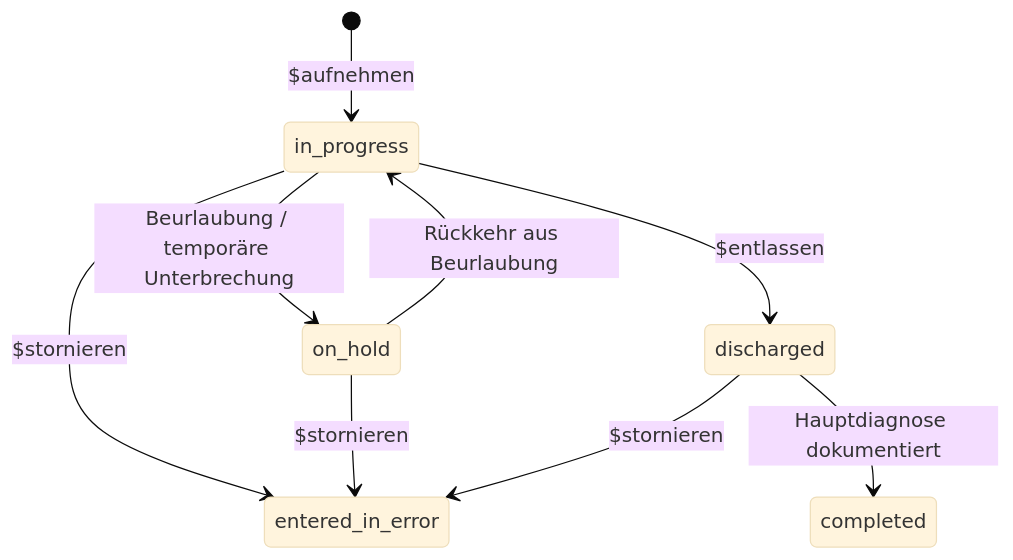
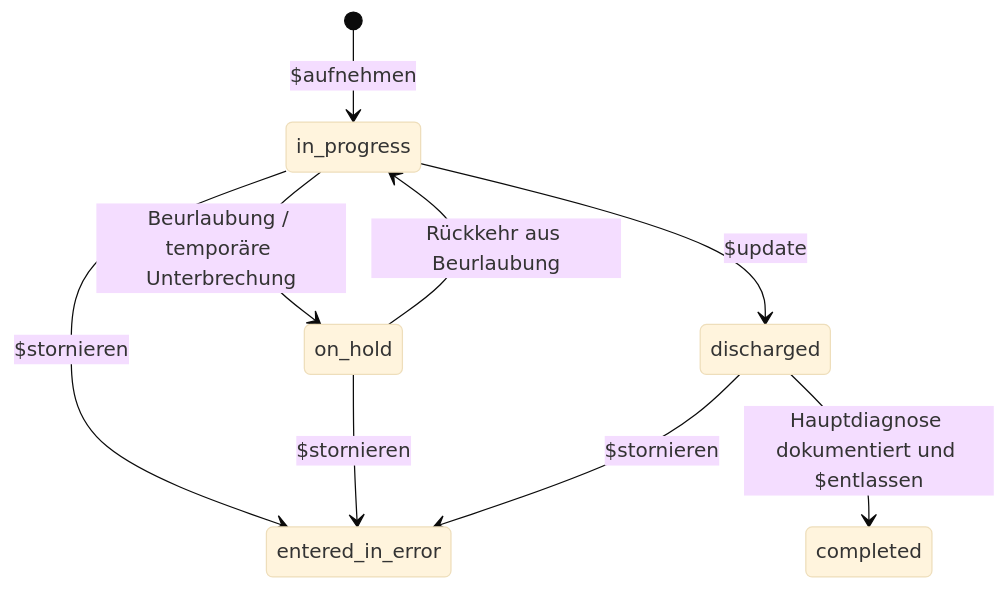
One commit to HL7Austria/ELGA-MOPED-R5 changed the second of 3 diagrams in input/pagecontent/workflowmanagement.md. Above: the diagram before and after it, drawn with Mermaid (base theme). The commit also changed other lines of this file and 2 other files, not shown here.

```diff
--- a/input/pagecontent/workflowmanagement.md
+++ b/input/pagecontent/workflowmanagement.md
@@ -18,13 +16,13 @@
 <pre class="mermaid">
     stateDiagram-v2
     [*] --> in_progress : $aufnehmen
     in_progress --> on_hold : Beurlaubung / temporäre Unterbrechung
     on_hold --> in_progress : Rückkehr aus Beurlaubung
 
-    in_progress --> discharged : $entlassen 
-    discharged --> completed : Hauptdiagnose dokumentiert
+    in_progress --> discharged : $update 
+    discharged --> completed : Hauptdiagnose dokumentiert und $entlassen
 
     in_progress --> entered_in_error : $stornieren
     on_hold --> entered_in_error : $stornieren
     discharged --> entered_in_error : $stornieren
 </pre>
```
